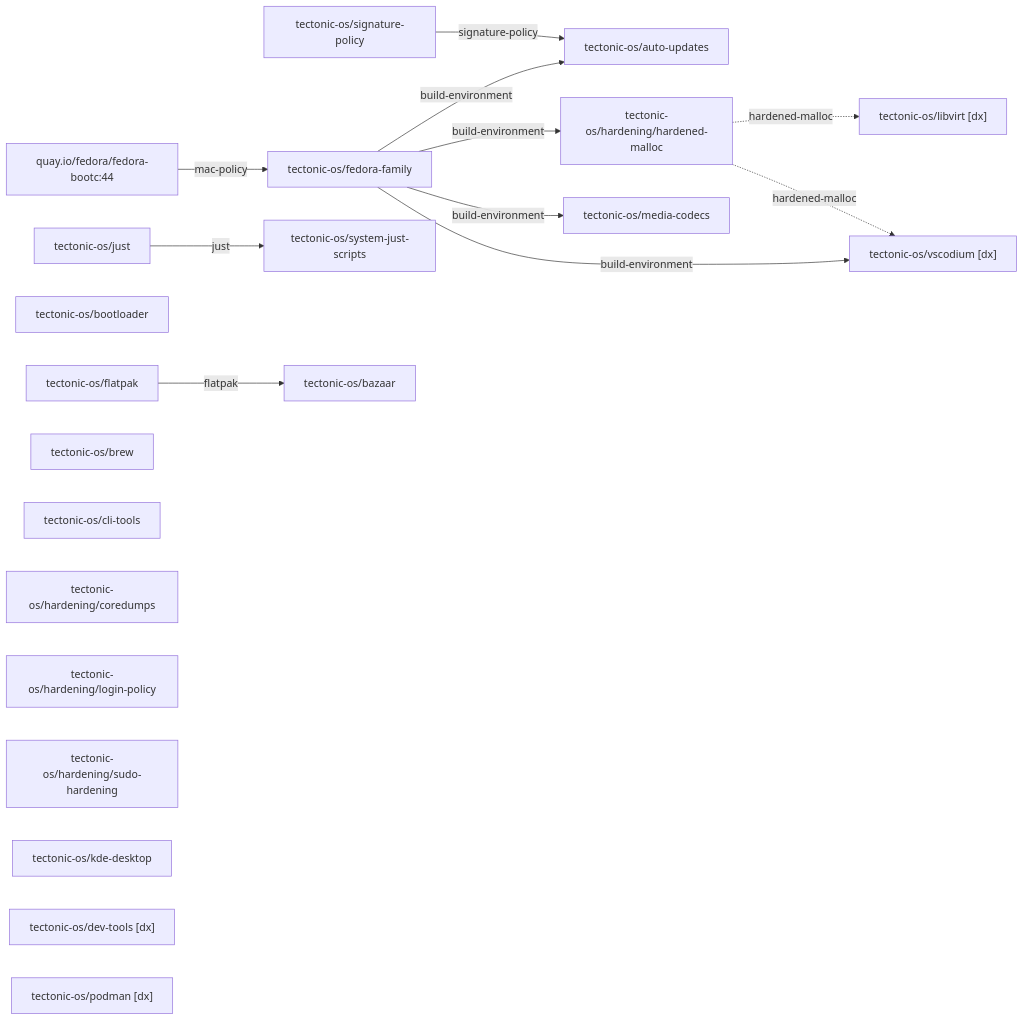
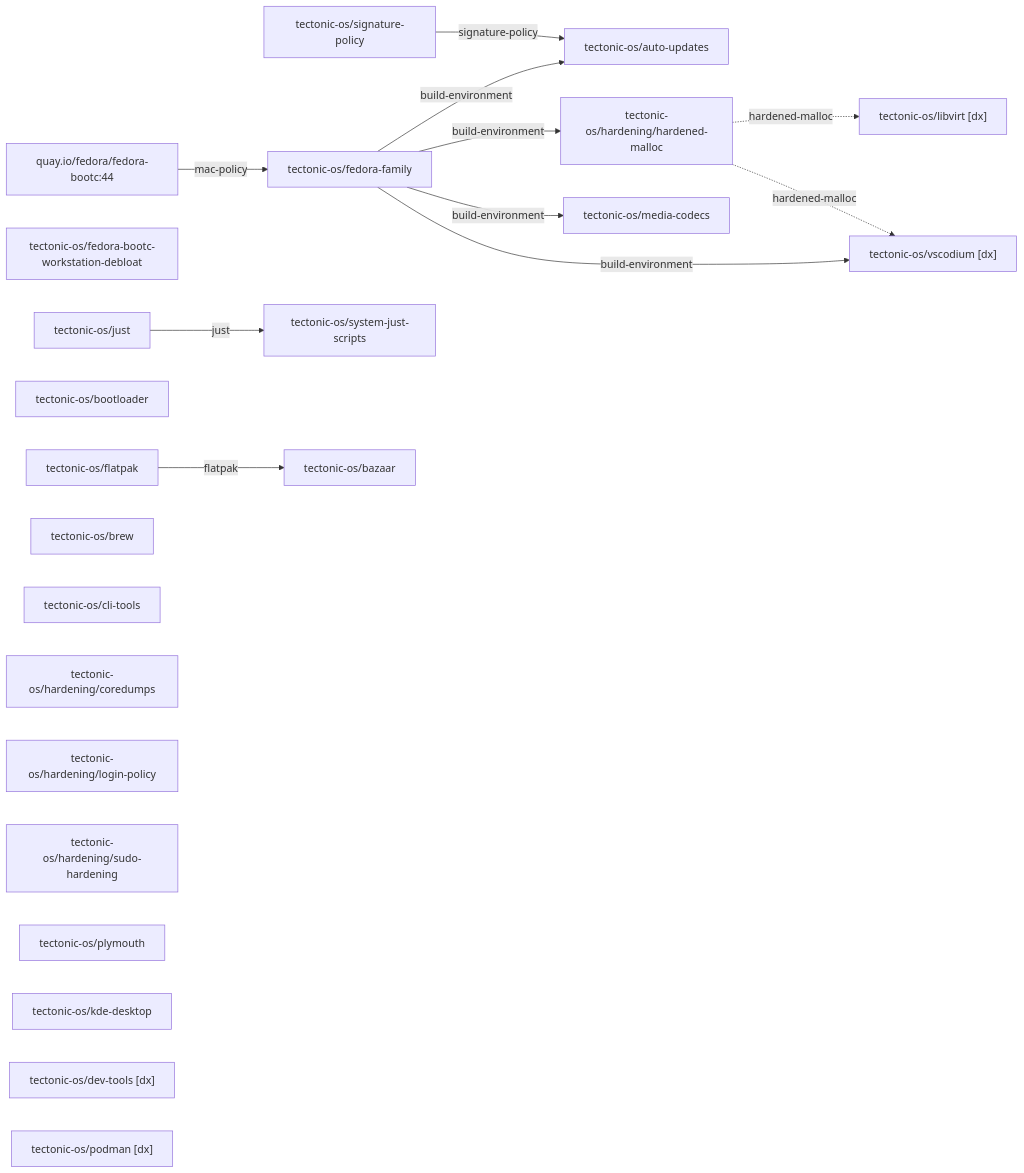
One commit to tectonic-os/desktop changed the diagram in generated/desktop.graph.md. Above: the diagram before and after it, drawn with Mermaid. The commit also changed 6 other files, not shown here.

Commit message:
take plymouth and the fedora-bootc trim as their own modules

````diff
--- a/generated/desktop.graph.md
+++ b/generated/desktop.graph.md
@@ -9,34 +9,36 @@
 ```mermaid
 graph LR
     base["quay.io/fedora/fedora-bootc:44"]
     m0["tectonic-os/fedora-family"]
-    m1["tectonic-os/just"]
-    m2["tectonic-os/bootloader"]
-    m3["tectonic-os/signature-policy"]
-    m4["tectonic-os/auto-updates"]
-    m5["tectonic-os/system-just-scripts"]
-    m6["tectonic-os/flatpak"]
-    m7["tectonic-os/brew"]
-    m8["tectonic-os/cli-tools"]
-    m9["tectonic-os/hardening/coredumps"]
-    m10["tectonic-os/hardening/login-policy"]
-    m11["tectonic-os/hardening/hardened-malloc"]
-    m12["tectonic-os/hardening/sudo-hardening"]
-    m13["tectonic-os/kde-desktop"]
-    m14["tectonic-os/bazaar"]
-    m15["tectonic-os/media-codecs"]
-    m16["tectonic-os/dev-tools [dx]"]
-    m17["tectonic-os/podman [dx]"]
-    m18["tectonic-os/libvirt [dx]"]
-    m19["tectonic-os/vscodium [dx]"]
+    m1["tectonic-os/fedora-bootc-workstation-debloat"]
+    m2["tectonic-os/just"]
+    m3["tectonic-os/bootloader"]
+    m4["tectonic-os/signature-policy"]
+    m5["tectonic-os/auto-updates"]
+    m6["tectonic-os/system-just-scripts"]
+    m7["tectonic-os/flatpak"]
+    m8["tectonic-os/brew"]
+    m9["tectonic-os/cli-tools"]
+    m10["tectonic-os/hardening/coredumps"]
+    m11["tectonic-os/hardening/login-policy"]
+    m12["tectonic-os/hardening/hardened-malloc"]
+    m13["tectonic-os/hardening/sudo-hardening"]
+    m14["tectonic-os/plymouth"]
+    m15["tectonic-os/kde-desktop"]
+    m16["tectonic-os/bazaar"]
+    m17["tectonic-os/media-codecs"]
+    m18["tectonic-os/dev-tools [dx]"]
+    m19["tectonic-os/podman [dx]"]
+    m20["tectonic-os/libvirt [dx]"]
+    m21["tectonic-os/vscodium [dx]"]
     base -->|"mac-policy"| m0
-    m0 -->|"build-environment"| m4
-    m0 -->|"build-environment"| m11
-    m0 -->|"build-environment"| m15
-    m0 -->|"build-environment"| m19
-    m1 -->|"just"| m5
-    m3 -->|"signature-policy"| m4
-    m6 -->|"flatpak"| m14
-    m11 -.->|"hardened-malloc"| m18
-    m11 -.->|"hardened-malloc"| m19
+    m0 -->|"build-environment"| m5
+    m0 -->|"build-environment"| m12
+    m0 -->|"build-environment"| m17
+    m0 -->|"build-environment"| m21
+    m2 -->|"just"| m6
+    m4 -->|"signature-policy"| m5
+    m7 -->|"flatpak"| m16
+    m12 -.->|"hardened-malloc"| m20
+    m12 -.->|"hardened-malloc"| m21
 ```
````
